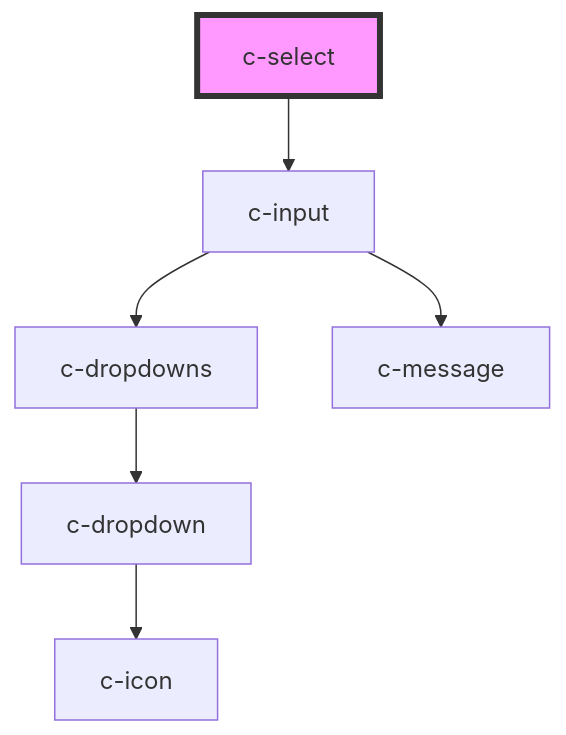
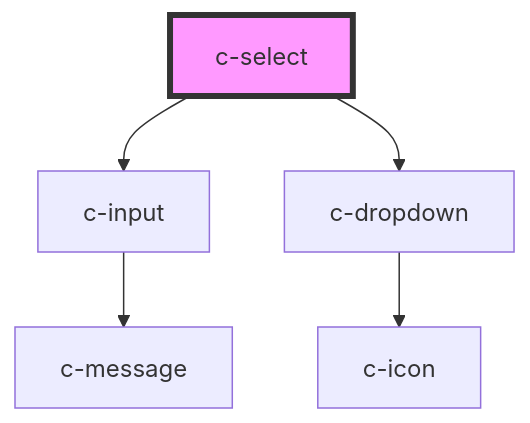
One commit to CSCfi/ui changed the diagram in packages/csc-ui/src/components/c-select/readme.md. Above: the diagram before and after it, drawn with Mermaid. The commit also changed other lines of this file and 18 other files, not shown here.

Commit message:
fix: c-dropdown: remove c-dropdowns and use c-dropdown directly on c-select and -c-autocomplete

````diff
--- a/packages/csc-ui/src/components/c-select/readme.md
+++ b/packages/csc-ui/src/components/c-select/readme.md
@@ -101,9 +102,8 @@
 ```mermaid
 graph TD;
   c-select --> c-input
-  c-input --> c-dropdowns
+  c-select --> c-dropdown
   c-input --> c-message
-  c-dropdowns --> c-dropdown
   c-dropdown --> c-icon
   style c-select fill:#f9f,stroke:#333,stroke-width:4px
 ```
````
